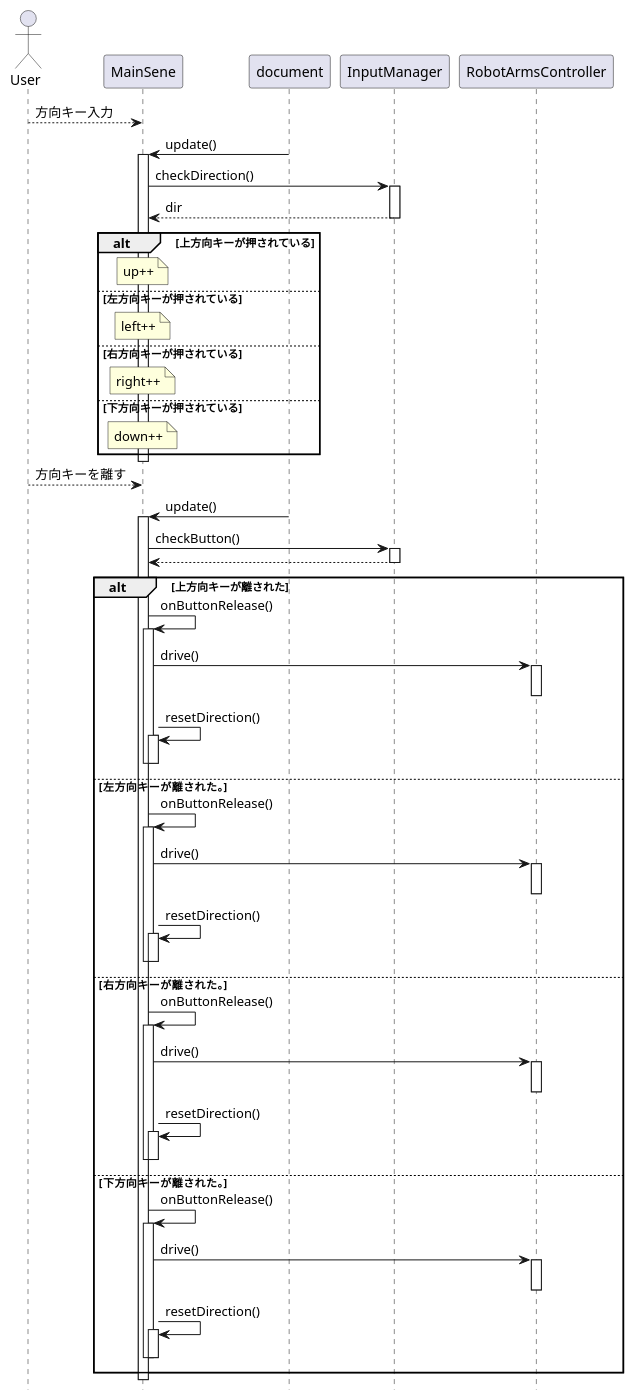
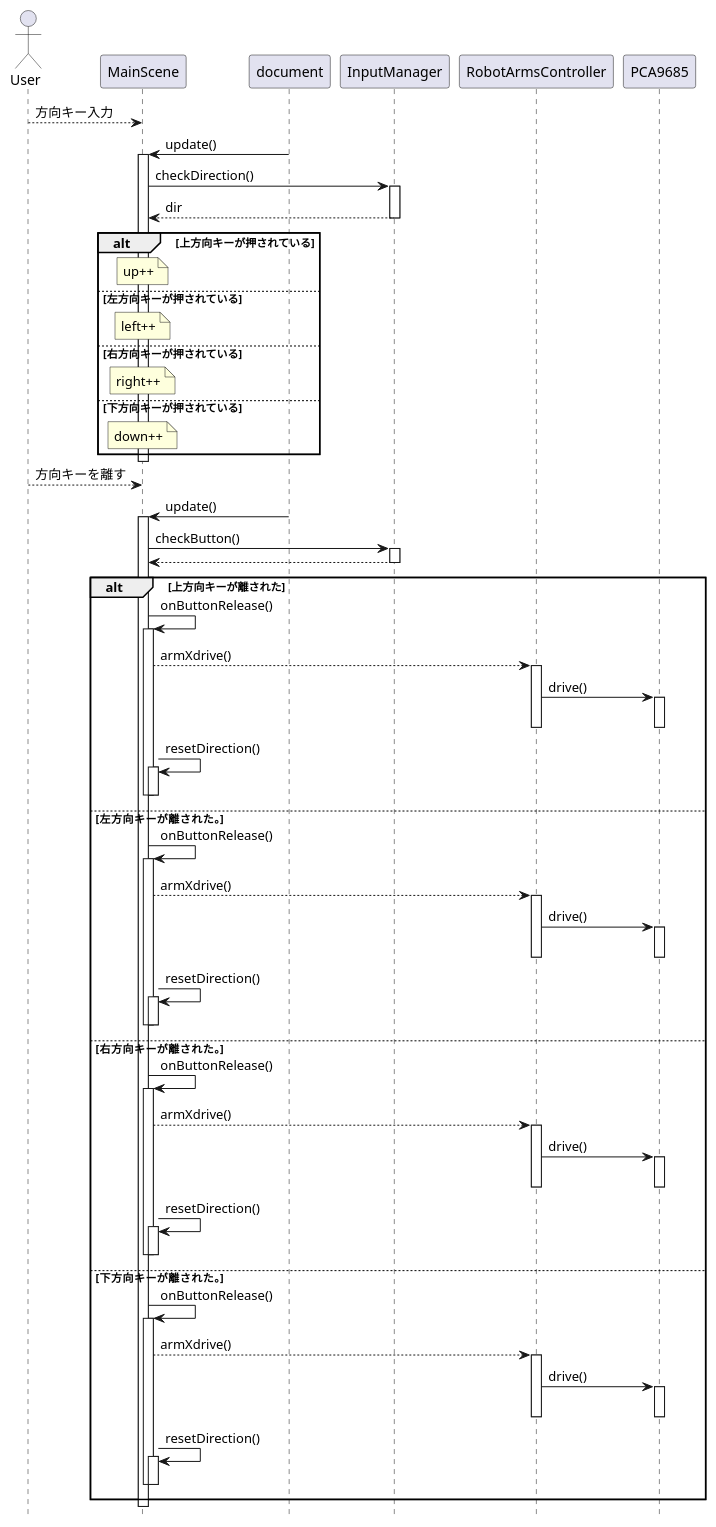
The fifth of 5 diagrams in documents/設計書.md (nakagawa-takayoshi/FishingGame), drawn with PlantUML before and after one commit. The commit also changed other lines of this file and 4 other files, not shown here.

```diff
--- a/documents/設計書.md
+++ b/documents/設計書.md
@@ -334,90 +387,105 @@
 ~~~plantuml
+
+@startuml
 
 hide footbox
 
 actor User
-participant MainSene
+participant MainScene
 participant document
 
-User --> MainSene : 方向キー入力
+User --> MainScene : 方向キー入力
 
-    document -> MainSene :update()
-    activate MainSene
-        MainSene -> InputManager : checkDirection()
+    document -> MainScene :update()
+    activate MainScene
+        MainScene -> InputManager : checkDirection()
         activate InputManager
-            MainSene <-- InputManager : dir
+            MainScene <-- InputManager : dir
         deactivate InputManager
 
         alt 上方向キーが押されている
-            note over of MainSene
+            note over of MainScene
                 up++
             endnote
         else 左方向キーが押されている
-            note over of MainSene
+            note over of MainScene
                 left++
             endnote
         else 右方向キーが押されている
-            note over of MainSene
+            note over of MainScene
                 right++
             endnote
         else 下方向キーが押されている
-            note over of MainSene
+            note over of MainScene
                 down++
             endnote
         end
-    deactivate MainSene
+    deactivate MainScene
 
-User --> MainSene : 方向キーを離す
+User --> MainScene : 方向キーを離す
 
-    document -> MainSene : update()
-    activate MainSene
-        MainSene -> InputManager : checkButton()
+    document -> MainScene : update()
+    activate MainScene
+        MainScene -> InputManager : checkButton()
         activate InputManager
-            MainSene <-- InputManager : 
+            MainScene <-- InputManager : 
         deactivate InputManager
 
         alt 上方向キーが離された
-            MainSene -> MainSene : onButtonRelease()
-            activate MainSene
-                MainSene -> RobotArmsController : drive()
+            MainScene -> MainScene : onButtonRelease()
+            activate MainScene
+                MainScene --> RobotArmsController : armXdrive()
                 activate RobotArmsController
+                    RobotArmsController -> PCA9685 : drive()
+                    activate PCA9685
+                    deactivate PCA9685
                 deactivate RobotArmsController
-                MainSene -> MainSene : resetDirection()
-                activate MainSene
-                deactivate MainSene
-            deactivate MainSene
+                MainScene -> MainScene : resetDirection()
+                activate MainScene
+                deactivate MainScene
+            deactivate MainScene
         else 左方向キーが離された。
-            MainSene -> MainSene : onButtonRelease()
-            activate MainSene
-                MainSene -> RobotArmsController : drive()
+            MainScene -> MainScene : onButtonRelease()
+            activate MainScene
+                MainScene --> RobotArmsController : armXdrive()
                 activate RobotArmsController
+                    RobotArmsController -> PCA9685 : drive()
+                    activate PCA9685
+                    deactivate PCA9685
                 deactivate RobotArmsController
-                MainSene -> MainSene : resetDirection()
-                activate MainSene
-                deactivate MainSene
-            deactivate MainSene
+                MainScene -> MainScene : resetDirection()
+                activate MainScene
+                deactivate MainScene
+            deactivate MainScene
         else 右方向キーが離された。
-            MainSene -> MainSene : onButtonRelease()
-            activate MainSene
-                MainSene -> RobotArmsController : drive()
+            MainScene -> MainScene : onButtonRelease()
+            activate MainScene
+                MainScene --> RobotArmsController : armXdrive()
                 activate RobotArmsController
+                    RobotArmsController -> PCA9685 : drive()
+                    activate PCA9685
+                    deactivate PCA9685
                 deactivate RobotArmsController
-                MainSene -> MainSene : resetDirection()
-                activate MainSene
-                deactivate MainSene
-            deactivate MainSene
+                MainScene -> MainScene : resetDirection()
+                activate MainScene
+                deactivate MainScene
+            deactivate MainScene
         else 下方向キーが離された。
-            MainSene -> MainSene : onButtonRelease()
-            activate MainSene
-                MainSene -> RobotArmsController : drive()
+            MainScene -> MainScene : onButtonRelease()
+            activate MainScene
+                MainScene --> RobotArmsController : armXdrive()
                 activate RobotArmsController
+                    RobotArmsController -> PCA9685 : drive()
+                    activate PCA9685
+                    deactivate PCA9685
                 deactivate RobotArmsController
-                MainSene -> MainSene : resetDirection()
-                activate MainSene
-                deactivate MainSene
-            deactivate MainSene
+                MainScene -> MainScene : resetDirection()
+                activate MainScene
+                deactivate MainScene
+            deactivate MainScene
         end
 
-    deactivate MainSene
+    deactivate MainScene
+@enduml
 
 ~~~
```
